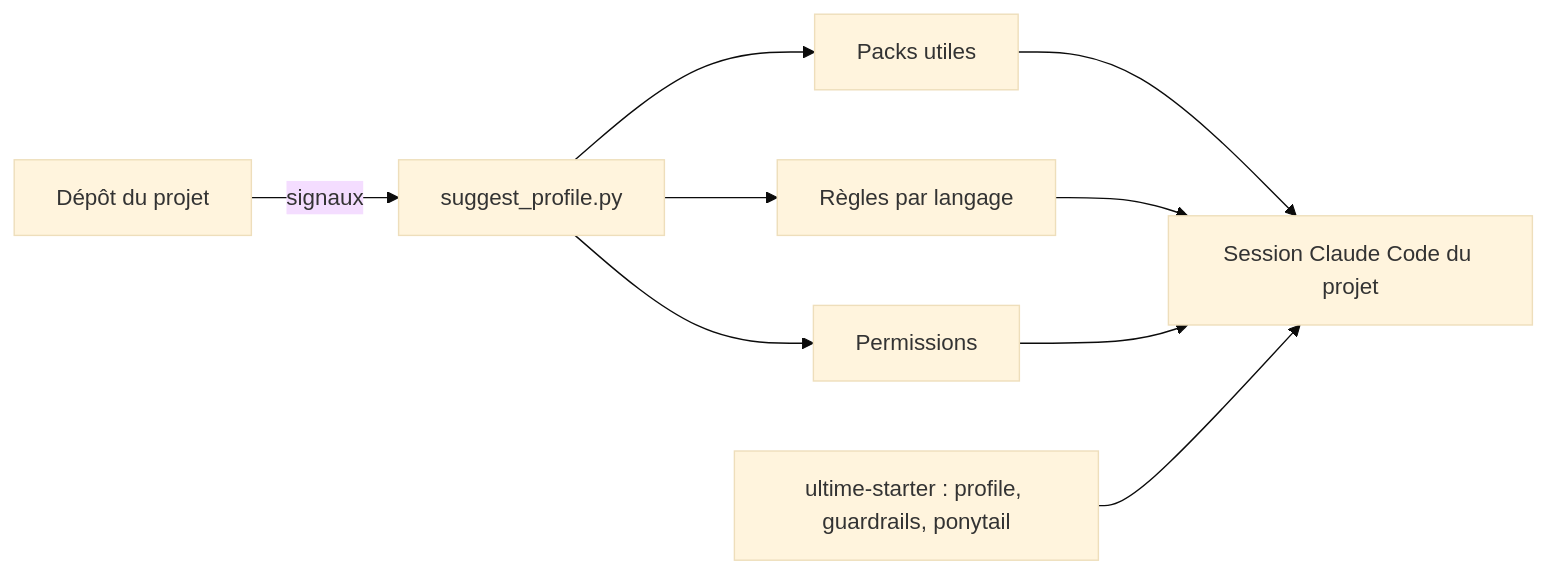
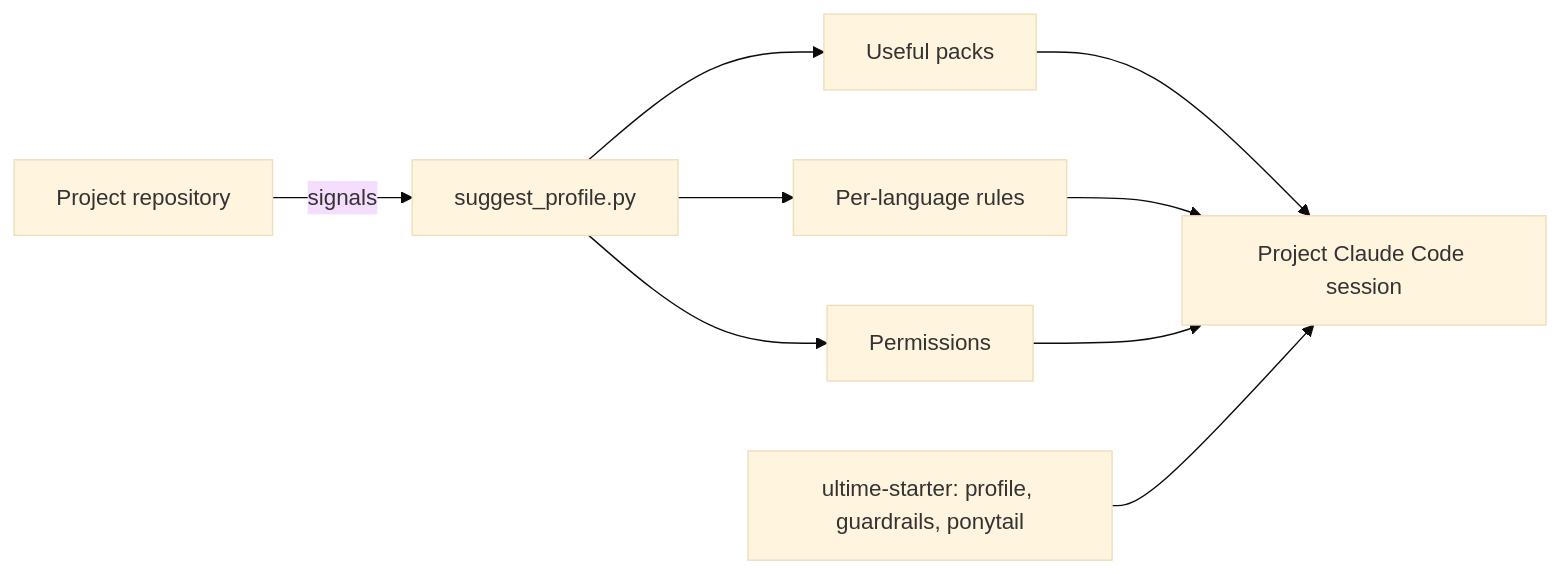
One commit to Lucas-lux/ultime-skill changed the first of 2 diagrams in docs/architecture.md. Above: the diagram before and after it, drawn with Mermaid (base theme). The commit also changed other lines of this file and 605 other files, not shown here.

````diff
--- a/docs/architecture.md
+++ b/docs/architecture.md
@@ -23,11 +33,11 @@
 ```mermaid
 flowchart LR
-  A[Dépôt du projet] -->|signaux| B[suggest_profile.py]
-  B --> C[Packs utiles]
-  B --> D[Règles par langage]
+  A[Project repository] -->|signals| B[suggest_profile.py]
+  B --> C[Useful packs]
+  B --> D[Per-language rules]
   B --> E[Permissions]
-  C --> F[Session Claude Code du projet]
+  C --> F[Project Claude Code session]
   D --> F
   E --> F
-  G[ultime-starter : profile, guardrails, ponytail] --> F
+  G[ultime-starter: profile, guardrails, ponytail] --> F
 ```
````
